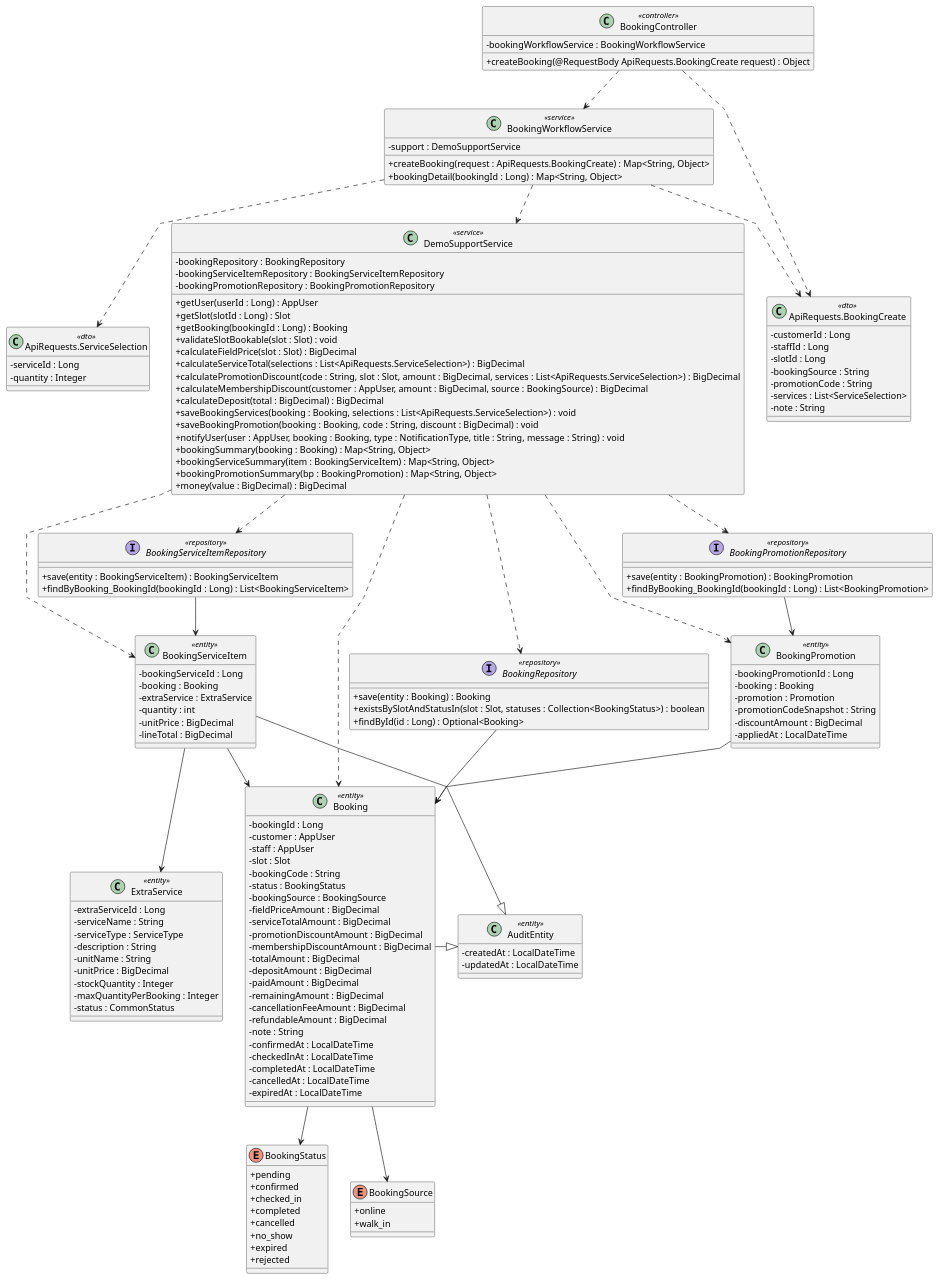
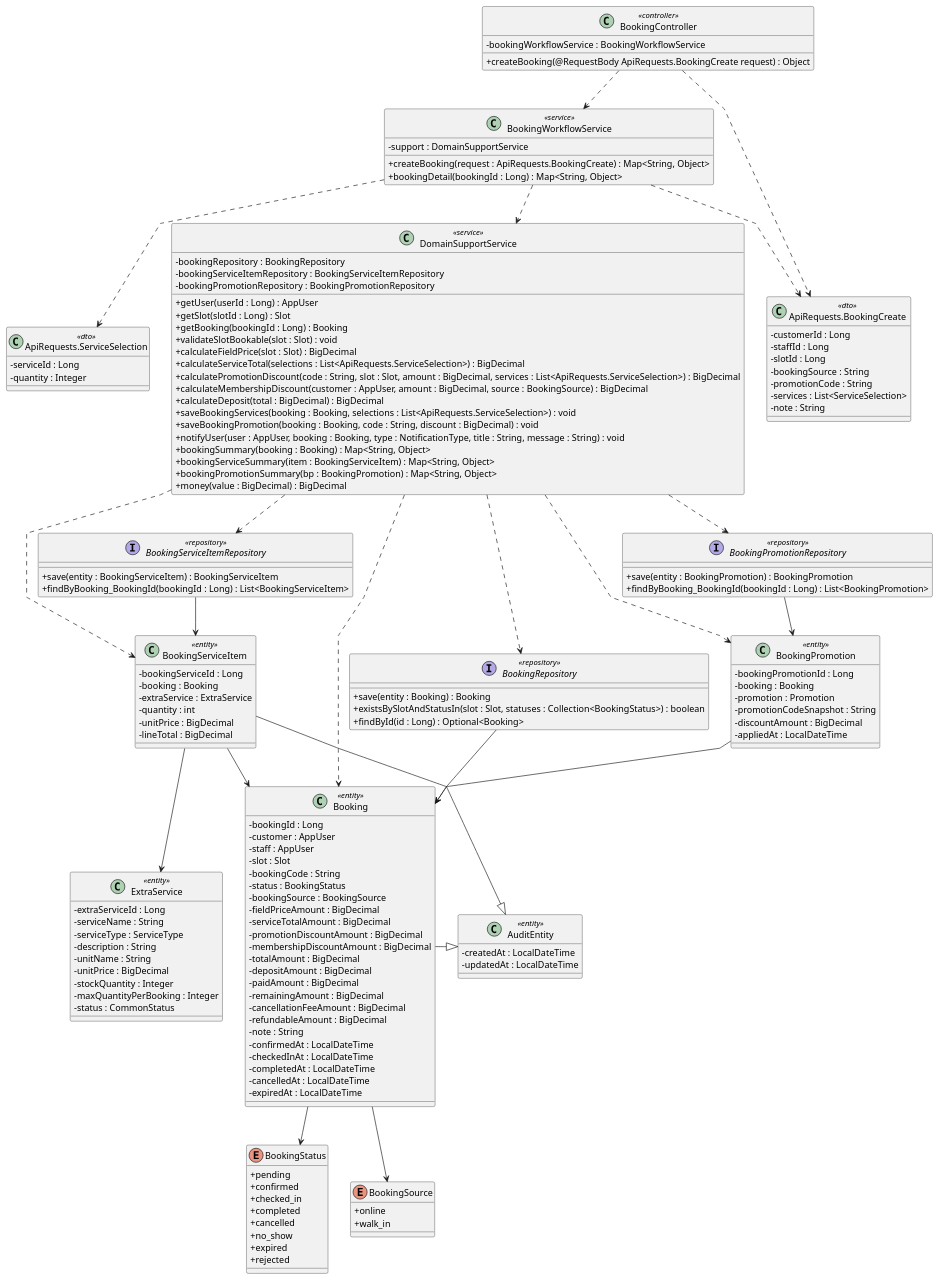
The diagram in docs/Class Diagram/create-online-booking.puml (maxwell1904/SWP391_G3), drawn with PlantUML before and after one commit. The commit also changed 120 other files, not shown here.

```diff
--- a/docs/Class Diagram/create-online-booking.puml
+++ b/docs/Class Diagram/create-online-booking.puml
@@ -1,173 +1,173 @@
 @startuml
 
 skinparam classAttributeIconSize 0
 skinparam linetype polyline
 
 class BookingController <<controller>> {
     -bookingWorkflowService : BookingWorkflowService
 
     +createBooking(@RequestBody ApiRequests.BookingCreate request) : Object
 }
 
 class BookingWorkflowService <<service>> {
-    -support : DemoSupportService
+    -support : DomainSupportService
 
     +createBooking(request : ApiRequests.BookingCreate) : Map<String, Object>
     +bookingDetail(bookingId : Long) : Map<String, Object>
 }
 
-class DemoSupportService <<service>> {
+class DomainSupportService <<service>> {
     -bookingRepository : BookingRepository
     -bookingServiceItemRepository : BookingServiceItemRepository
     -bookingPromotionRepository : BookingPromotionRepository
 
     +getUser(userId : Long) : AppUser
     +getSlot(slotId : Long) : Slot
     +getBooking(bookingId : Long) : Booking
     +validateSlotBookable(slot : Slot) : void
     +calculateFieldPrice(slot : Slot) : BigDecimal
     +calculateServiceTotal(selections : List<ApiRequests.ServiceSelection>) : BigDecimal
     +calculatePromotionDiscount(code : String, slot : Slot, amount : BigDecimal, services : List<ApiRequests.ServiceSelection>) : BigDecimal
     +calculateMembershipDiscount(customer : AppUser, amount : BigDecimal, source : BookingSource) : BigDecimal
     +calculateDeposit(total : BigDecimal) : BigDecimal
     +saveBookingServices(booking : Booking, selections : List<ApiRequests.ServiceSelection>) : void
     +saveBookingPromotion(booking : Booking, code : String, discount : BigDecimal) : void
     +notifyUser(user : AppUser, booking : Booking, type : NotificationType, title : String, message : String) : void
     +bookingSummary(booking : Booking) : Map<String, Object>
     +bookingServiceSummary(item : BookingServiceItem) : Map<String, Object>
     +bookingPromotionSummary(bp : BookingPromotion) : Map<String, Object>
     +money(value : BigDecimal) : BigDecimal
 }
 
 class "ApiRequests.BookingCreate" as BookingCreateDTO <<dto>> {
     -customerId : Long
     -staffId : Long
     -slotId : Long
     -bookingSource : String
     -promotionCode : String
     -services : List<ServiceSelection>
     -note : String
 }
 
 class "ApiRequests.ServiceSelection" as ServiceSelectionDTO <<dto>> {
     -serviceId : Long
     -quantity : Integer
 }
 
 interface BookingRepository <<repository>> {
     +save(entity : Booking) : Booking
     +existsBySlotAndStatusIn(slot : Slot, statuses : Collection<BookingStatus>) : boolean
     +findById(id : Long) : Optional<Booking>
 }
 
 interface BookingServiceItemRepository <<repository>> {
     +save(entity : BookingServiceItem) : BookingServiceItem
     +findByBooking_BookingId(bookingId : Long) : List<BookingServiceItem>
 }
 
 interface BookingPromotionRepository <<repository>> {
     +save(entity : BookingPromotion) : BookingPromotion
     +findByBooking_BookingId(bookingId : Long) : List<BookingPromotion>
 }
 
 class AuditEntity <<entity>> {
     -createdAt : LocalDateTime
     -updatedAt : LocalDateTime
 }
 
 class Booking <<entity>> {
     -bookingId : Long
     -customer : AppUser
     -staff : AppUser
     -slot : Slot
     -bookingCode : String
     -status : BookingStatus
     -bookingSource : BookingSource
     -fieldPriceAmount : BigDecimal
     -serviceTotalAmount : BigDecimal
     -promotionDiscountAmount : BigDecimal
     -membershipDiscountAmount : BigDecimal
     -totalAmount : BigDecimal
     -depositAmount : BigDecimal
     -paidAmount : BigDecimal
     -remainingAmount : BigDecimal
     -cancellationFeeAmount : BigDecimal
     -refundableAmount : BigDecimal
     -note : String
     -confirmedAt : LocalDateTime
     -checkedInAt : LocalDateTime
     -completedAt : LocalDateTime
     -cancelledAt : LocalDateTime
     -expiredAt : LocalDateTime
 }
 
 class BookingServiceItem <<entity>> {
     -bookingServiceId : Long
     -booking : Booking
     -extraService : ExtraService
     -quantity : int
     -unitPrice : BigDecimal
     -lineTotal : BigDecimal
 }
 
 class BookingPromotion <<entity>> {
     -bookingPromotionId : Long
     -booking : Booking
     -promotion : Promotion
     -promotionCodeSnapshot : String
     -discountAmount : BigDecimal
     -appliedAt : LocalDateTime
 }
 
 class ExtraService <<entity>> {
     -extraServiceId : Long
     -serviceName : String
     -serviceType : ServiceType
     -description : String
     -unitName : String
     -unitPrice : BigDecimal
     -stockQuantity : Integer
     -maxQuantityPerBooking : Integer
     -status : CommonStatus
 }
 
 enum BookingStatus {
     + pending
     + confirmed
     + checked_in
     + completed
     + cancelled
     + no_show
     + expired
     + rejected
 }
 
 enum BookingSource {
     + online
     + walk_in
 }
 
 ' Relationships
 BookingController ..> BookingWorkflowService
 BookingController ..> BookingCreateDTO
 BookingWorkflowService ..> BookingCreateDTO
-BookingWorkflowService ..> DemoSupportService
+BookingWorkflowService ..> DomainSupportService
 BookingWorkflowService ..> ServiceSelectionDTO
-DemoSupportService ..> BookingRepository
-DemoSupportService ..> BookingServiceItemRepository
-DemoSupportService ..> BookingPromotionRepository
-DemoSupportService ..> Booking
-DemoSupportService ..> BookingServiceItem
-DemoSupportService ..> BookingPromotion
+DomainSupportService ..> BookingRepository
+DomainSupportService ..> BookingServiceItemRepository
+DomainSupportService ..> BookingPromotionRepository
+DomainSupportService ..> Booking
+DomainSupportService ..> BookingServiceItem
+DomainSupportService ..> BookingPromotion
 BookingRepository --> Booking
 BookingServiceItemRepository --> BookingServiceItem
 BookingPromotionRepository --> BookingPromotion
 BookingServiceItem --> Booking
 BookingServiceItem --> ExtraService
 BookingPromotion --> Booking
 Booking -|> AuditEntity
 BookingServiceItem -|> AuditEntity
 Booking --> BookingStatus
 Booking --> BookingSource
 
 @enduml
```
